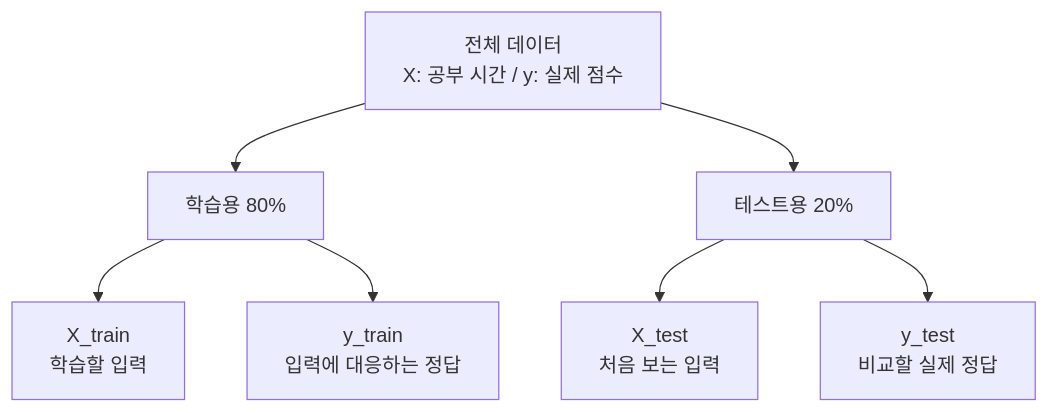
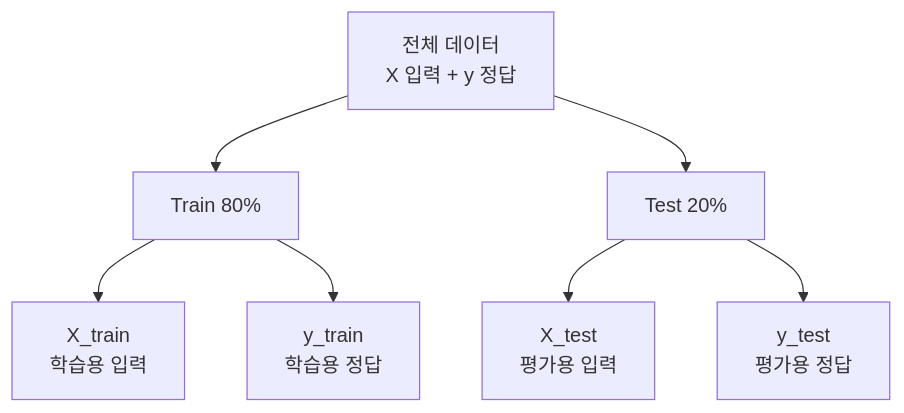
Before and after one commit to JSeong2024/MYPAUL-PYTHONEDU: the second of 4 diagrams in Classroom/PYTHON-2026-09/Intermediate/Lecture/Week-07/README.md, drawn with Mermaid. The commit also changed other lines of this file and 12 other files, not shown here.

````diff
--- a/Classroom/PYTHON-2026-09/Intermediate/Lecture/Week-07/README.md
+++ b/Classroom/PYTHON-2026-09/Intermediate/Lecture/Week-07/README.md
@@ -230,9 +219,9 @@
 ```mermaid
 flowchart TB
-    A[전체 데이터<br/>X: 공부 시간 / y: 실제 점수] --> B[학습용 80%]
-    A --> C[테스트용 20%]
-    B --> D[X_train<br/>학습할 입력]
-    B --> E[y_train<br/>입력에 대응하는 정답]
-    C --> F[X_test<br/>처음 보는 입력]
-    C --> G[y_test<br/>비교할 실제 정답]
+    A[전체 데이터<br/>X 입력 + y 정답] --> B[Train 80%]
+    A --> C[Test 20%]
+    B --> D[X_train<br/>학습용 입력]
+    B --> E[y_train<br/>학습용 정답]
+    C --> F[X_test<br/>평가용 입력]
+    C --> G[y_test<br/>평가용 정답]
 ```
````
